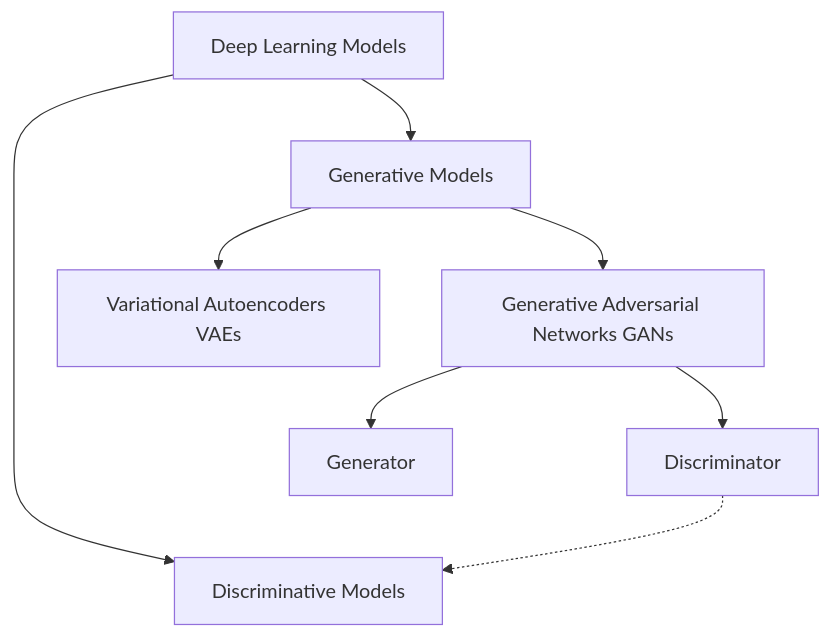
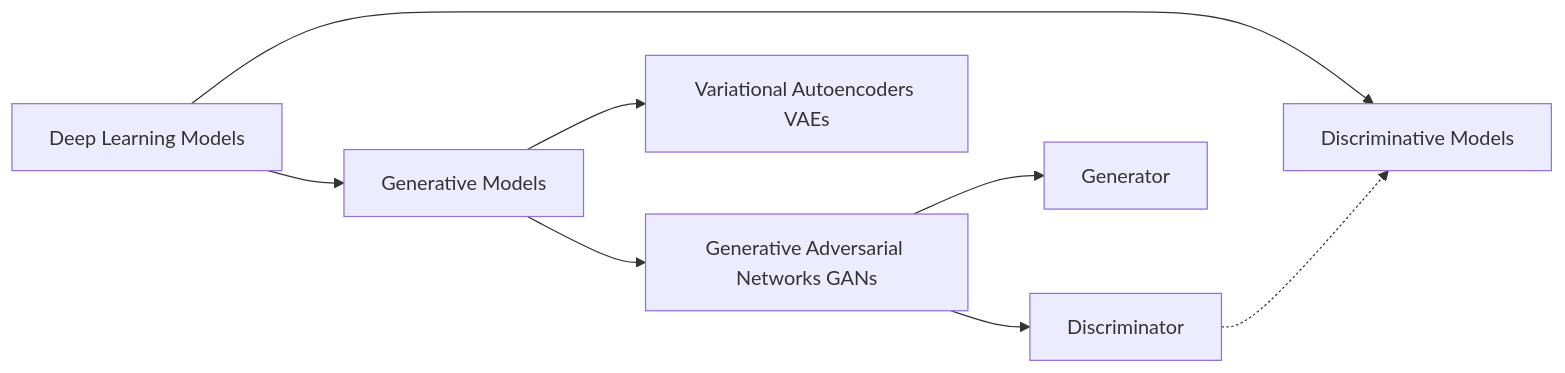
Before and after one commit to concaption/gans: the diagram in 1_basic_gans/1_intro/1_generative_models.md, drawn with Mermaid. The commit also changed other lines of this file, not shown here.

Commit message:
Generative models :)

````diff
--- a/1_basic_gans/1_intro/1_generative_models.md
+++ b/1_basic_gans/1_intro/1_generative_models.md
@@ -17,10 +15,10 @@
 ```mermaid
-graph TD
+graph LR
     A[Deep Learning Models] --> B[Discriminative Models]
     A --> C[Generative Models]
     C --> D[Variational Autoencoders VAEs]
     C --> E[Generative Adversarial Networks GANs]
     E --> F[Generator]
     E --> G[Discriminator]
     G -.-> B
 ```
````
